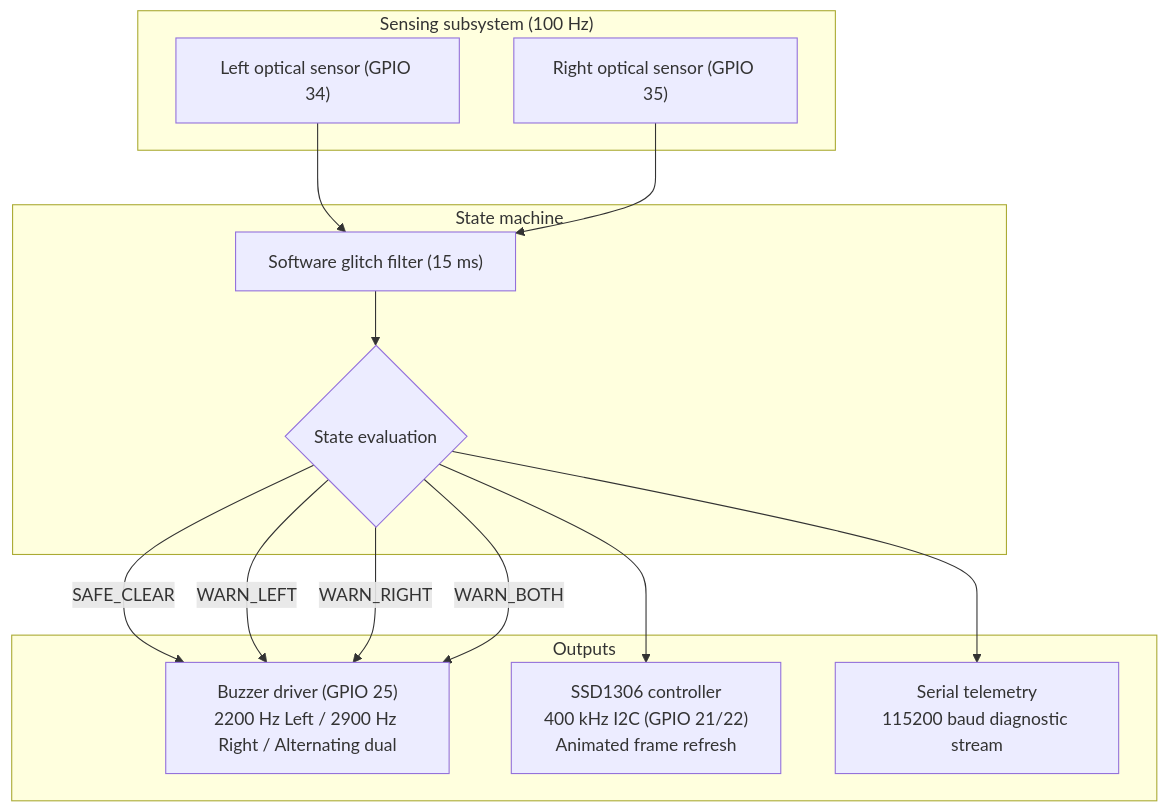
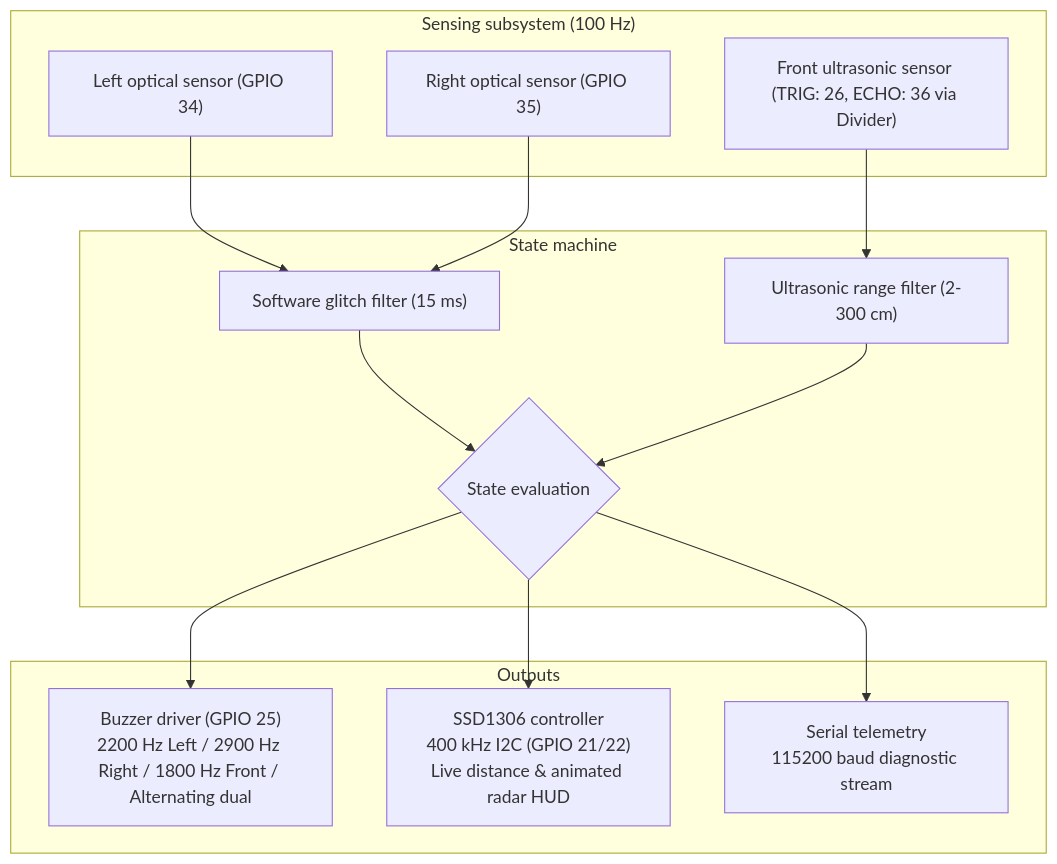
Before and after one commit to DevInfinix/BlindSpottr: the first of 2 diagrams in README.md, drawn with Mermaid. The commit also changed other lines of this file and 13 other files, not shown here.

Commit message:
FEAT: integrate HC-SR04 ultrasonic distance sensor, update 2D wiring and sync docs (fixes #6)

````diff
--- a/README.md
+++ b/README.md
@@ -79,30 +74,30 @@
 ```mermaid
 graph TD
     subgraph SENSORS ["Sensing subsystem (100 Hz)"]
         IR_L["Left optical sensor (GPIO 34)"]
         IR_R["Right optical sensor (GPIO 35)"]
+        US["Front ultrasonic sensor (TRIG: 26, ECHO: 36 via Divider)"]
     end
 
     subgraph ENGINE ["State machine"]
         DEB["Software glitch filter (15 ms)"]
+        US_FILTER["Ultrasonic range filter (2-300 cm)"]
         FSM{"State evaluation"}
     end
 
     subgraph ACTUATION ["Outputs"]
-        BUZZ["Buzzer driver (GPIO 25)\n2200 Hz Left / 2900 Hz Right / Alternating dual"]
-        OLED["SSD1306 controller\n400 kHz I2C (GPIO 21/22)\nAnimated frame refresh"]
+        BUZZ["Buzzer driver (GPIO 25)\n2200 Hz Left / 2900 Hz Right / 1800 Hz Front / Alternating dual"]
+        OLED["SSD1306 controller\n400 kHz I2C (GPIO 21/22)\nLive distance & animated radar HUD"]
         UART["Serial telemetry\n115200 baud diagnostic stream"]
     end
 
     IR_L --> DEB
     IR_R --> DEB
+    US --> US_FILTER
     DEB --> FSM
+    US_FILTER --> FSM
 
-    FSM -->|SAFE_CLEAR| BUZZ
-    FSM -->|WARN_LEFT| BUZZ
-    FSM -->|WARN_RIGHT| BUZZ
-    FSM -->|WARN_BOTH| BUZZ
-
+    FSM --> BUZZ
     FSM --> OLED
     FSM --> UART
 ```
````
